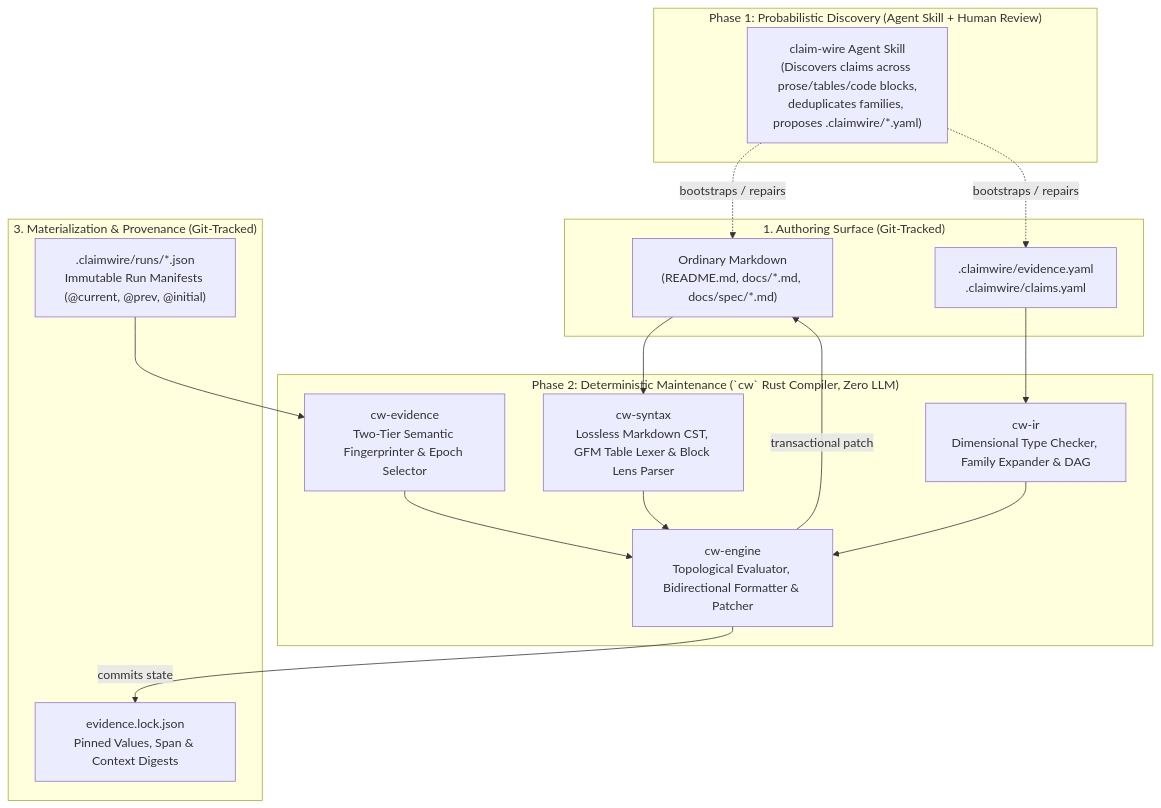
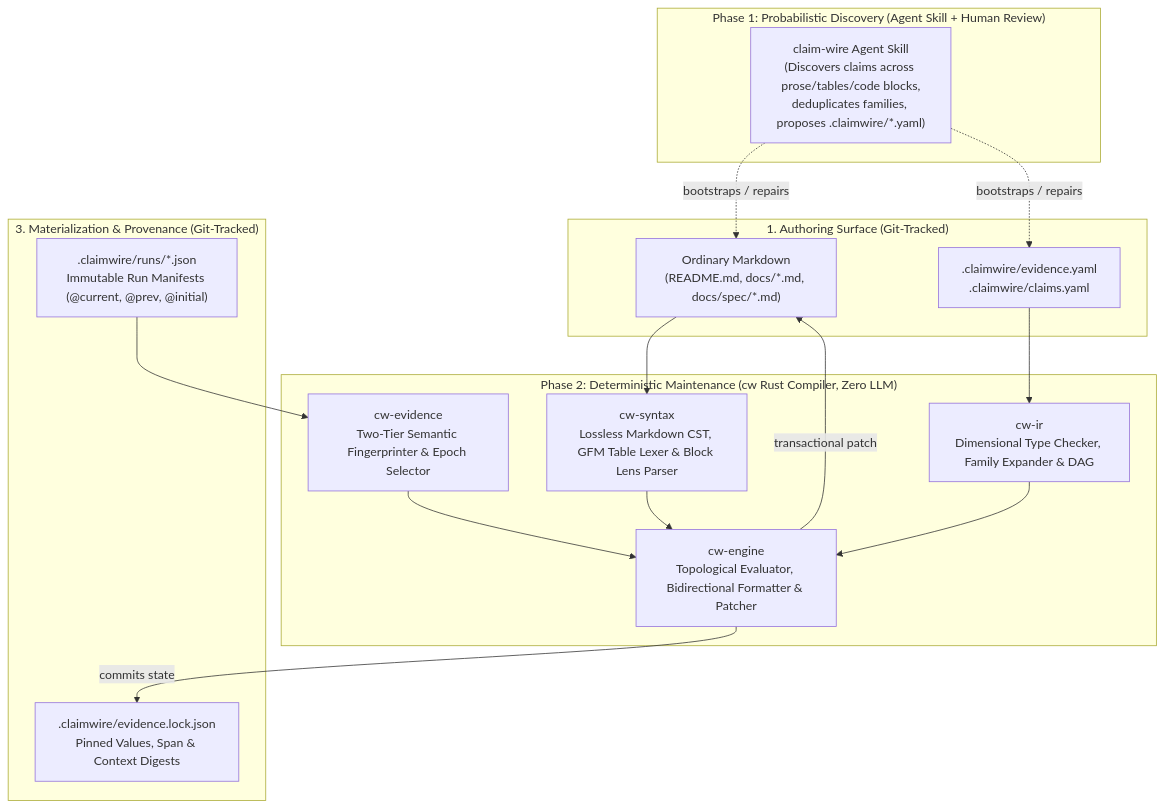
The diagram in spec.md (Lulzx/claim-wire), drawn with Mermaid before and after one commit. The commit also changed other lines of this file and 2 other files, not shown here.

````diff
--- a/spec.md
+++ b/spec.md
@@ -61,34 +84,34 @@
 ```mermaid
 flowchart TB
     subgraph Phase1["Phase 1: Probabilistic Discovery (Agent Skill + Human Review)"]
-        AGENT["claim-wire Agent Skill\n(Discovers claims across prose/tables/code blocks,\ndeduplicates families, proposes .claimwire/*.yaml)"]
+        AGENT["claim-wire Agent Skill<br/>(Discovers claims across prose/tables/code blocks,<br/>deduplicates families, proposes .claimwire/*.yaml)"]
     end
 
     subgraph Authoring["1. Authoring Surface (Git-Tracked)"]
-        MD["Ordinary Markdown\n(README.md, docs/*.md, docs/spec/*.md)"]
-        YAML[".claimwire/evidence.yaml\n.claimwire/claims.yaml"]
+        MD["Ordinary Markdown<br/>(README.md, docs/*.md, docs/spec/*.md)"]
+        YAML[".claimwire/evidence.yaml<br/>.claimwire/claims.yaml"]
     end
 
-    subgraph Compiler["Phase 2: Deterministic Maintenance (`cw` Rust Compiler, Zero LLM)"]
-        SYN["cw-syntax\nLossless Markdown CST, GFM Table Lexer & Block Lens Parser"]
-        IR["cw-ir\nDimensional Type Checker, Family Expander & DAG"]
-        EVID["cw-evidence\nTwo-Tier Semantic Fingerprinter & Epoch Selector"]
-        ENG["cw-engine\nTopological Evaluator, Bidirectional Formatter & Patcher"]
+    subgraph Compiler["Phase 2: Deterministic Maintenance (cw Rust Compiler, Zero LLM)"]
+        SYN["cw-syntax<br/>Lossless Markdown CST, GFM Table Lexer & Block Lens Parser"]
+        IR["cw-ir<br/>Dimensional Type Checker, Family Expander & DAG"]
+        EVID["cw-evidence<br/>Two-Tier Semantic Fingerprinter & Epoch Selector"]
+        ENG["cw-engine<br/>Topological Evaluator, Bidirectional Formatter & Patcher"]
     end
 
     subgraph Store["3. Materialization & Provenance (Git-Tracked)"]
-        RUNS[".claimwire/runs/*.json\nImmutable Run Manifests (@current, @prev, @initial)"]
-        LOCK["evidence.lock.json\nPinned Values, Span & Context Digests"]
+        RUNS[".claimwire/runs/*.json<br/>Immutable Run Manifests (@current, @prev, @initial)"]
+        LOCK[".claimwire/evidence.lock.json<br/>Pinned Values, Span & Context Digests"]
     end
 
     AGENT -.->|"bootstraps / repairs"| MD
     AGENT -.->|"bootstraps / repairs"| YAML
     MD --> SYN
     YAML --> IR
     RUNS --> EVID
     SYN --> ENG
     IR --> ENG
     EVID --> ENG
     ENG -->|"transactional patch"| MD
     ENG -->|"commits state"| LOCK
 ```
````
